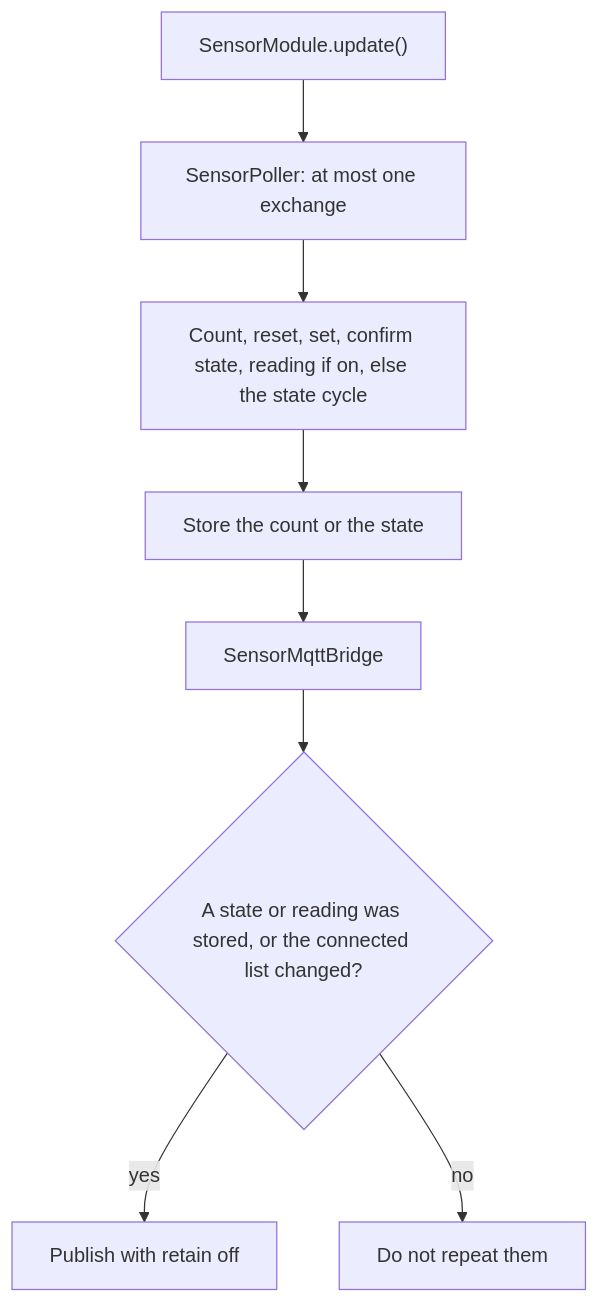
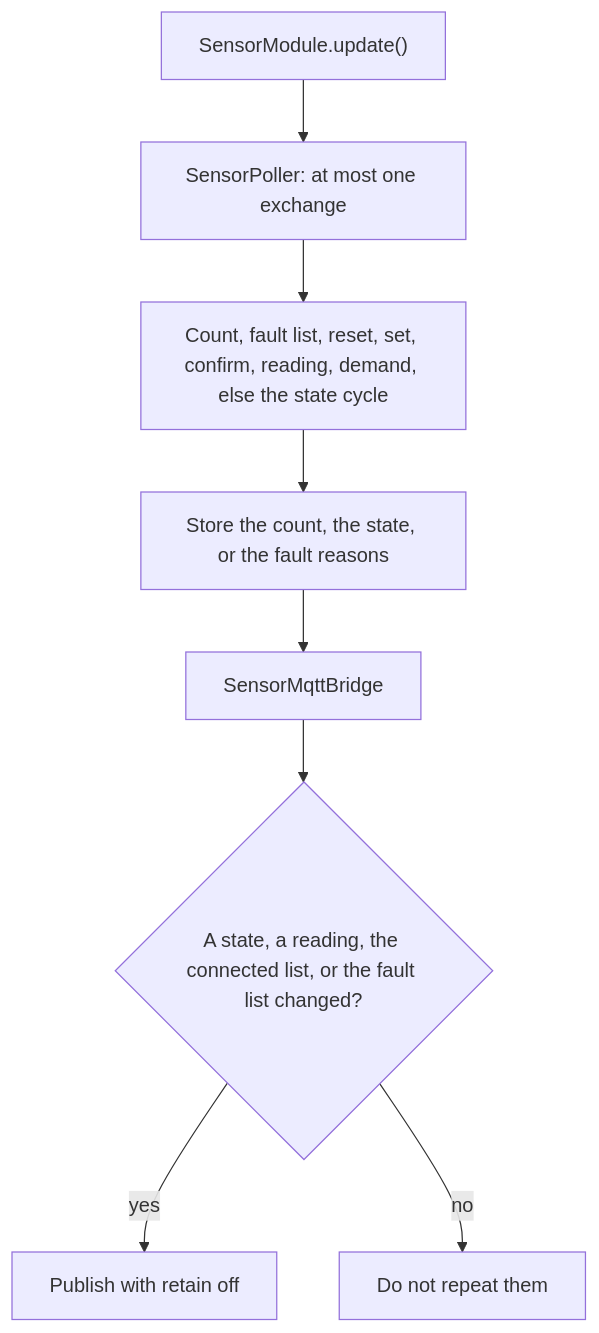
One commit to WiddleWabbit/MQTT-ModularControllerBoard changed the diagram in Firmware/docs/sensor-module.md. Above: the diagram before and after it, drawn with Mermaid. The commit also changed other lines of this file and 16 other files, not shown here.

Commit message:
Updated fault reading to support multiple fault channels on a module. Rearranged command priority to ensure a fault read goes before a reset to handle edge cases.

````diff
--- a/Firmware/docs/sensor-module.md
+++ b/Firmware/docs/sensor-module.md
@@ -28,10 +28,10 @@
 ```mermaid
 flowchart TD
   upd["SensorModule.update()"] --> poll["SensorPoller: at most one exchange"]
-  poll --> order["Count, reset, set, confirm state, reading if on, else the state cycle"]
-  order --> mem["Store the count or the state"]
+  poll --> order["Count, fault list, reset, set, confirm, reading, demand, else the state cycle"]
+  order --> mem["Store the count, the state, or the fault reasons"]
   mem --> bridge["SensorMqttBridge"]
-  bridge --> pub{"A state or reading was stored, or the connected list changed?"}
+  bridge --> pub{"A state, a reading, the connected list, or the fault list changed?"}
   pub -->|yes| mqtt["Publish with retain off"]
   pub -->|no| quiet["Do not repeat them"]
 ```
````
